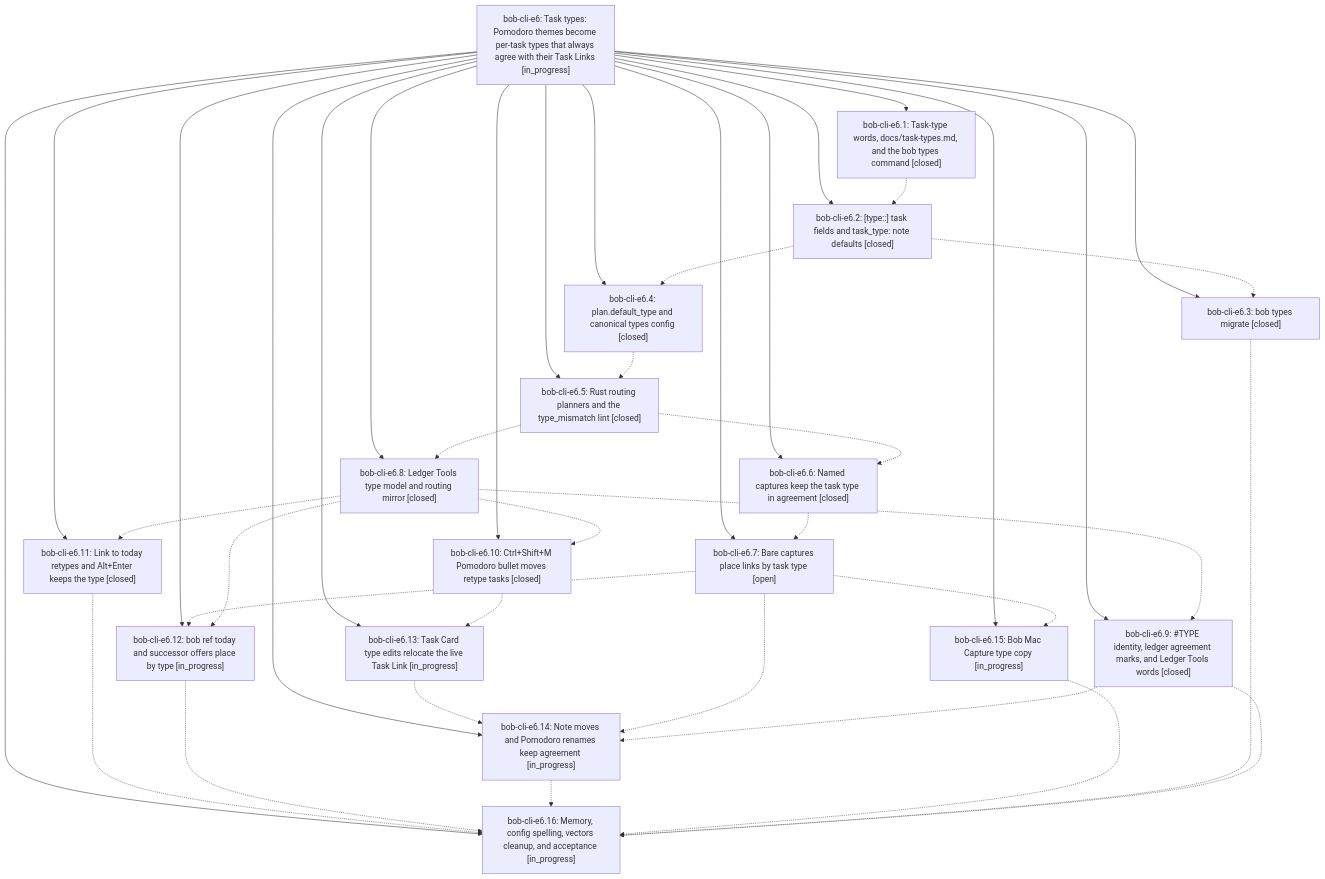
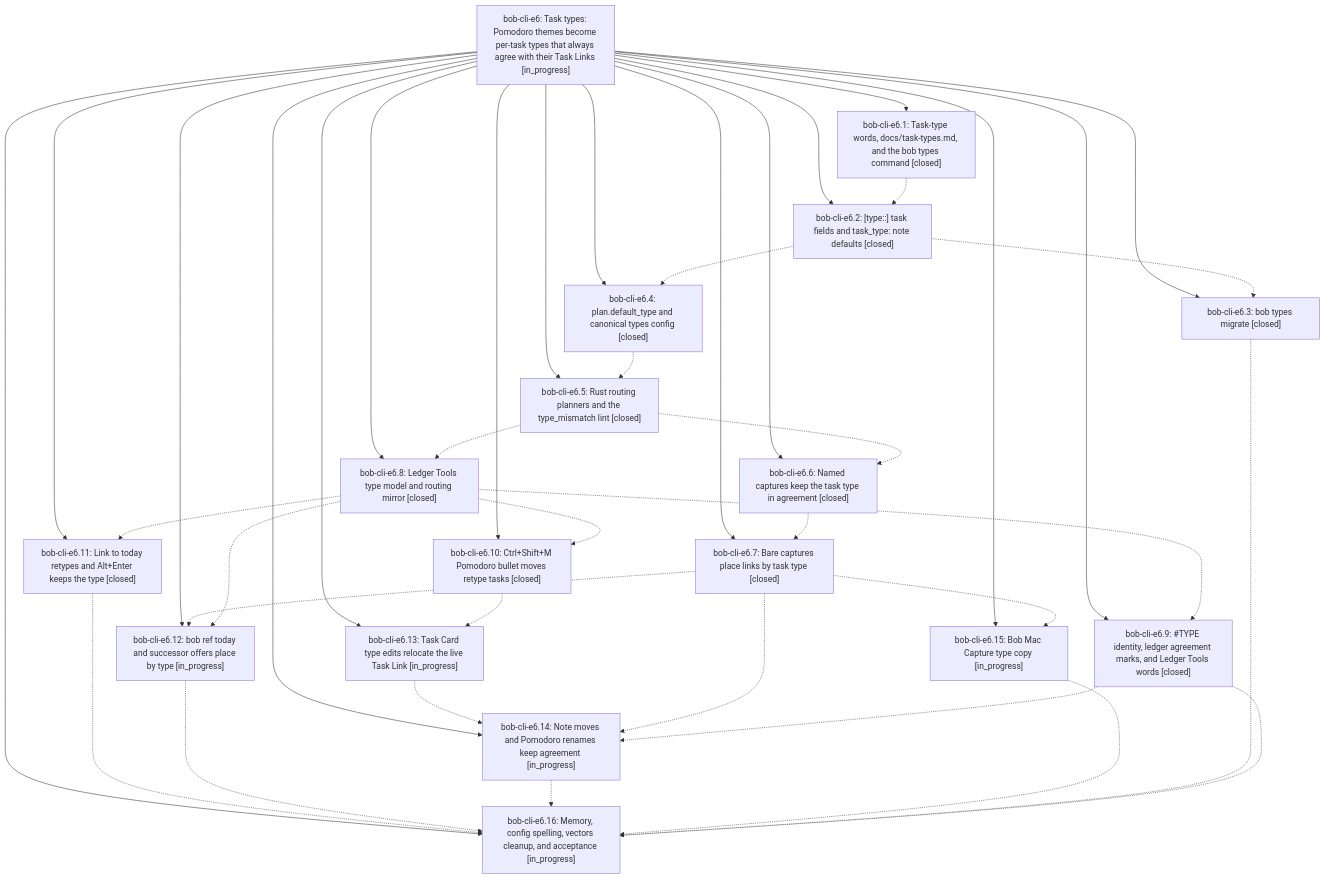
One commit to bobs-org/bob-cli--beads changed the diagram in pages/bob-cli-e6/README.md. Above: the diagram before and after it, drawn with Mermaid. The commit also changed other lines of this file and 9 other files, not shown here.

First line of the commit message:
chore(beads): sync bead state and pages for bob-cli-e6

````diff
--- a/pages/bob-cli-e6/README.md
+++ b/pages/bob-cli-e6/README.md
@@ -57,59 +63,59 @@
 ```mermaid
 flowchart TD
     n0["bob-cli-e6: Task types: Pomodoro themes become per-task types that always agree with their Task Links [in_progress]"]
     n1["bob-cli-e6.1: Task-type words, docs/task-types.md, and the bob types command [closed]"]
     n2["bob-cli-e6.10: Ctrl+Shift+M Pomodoro bullet moves retype tasks [closed]"]
     n3["bob-cli-e6.11: Link to today retypes and Alt+Enter keeps the type [closed]"]
     n4["bob-cli-e6.12: bob ref today and successor offers place by type [in_progress]"]
     n5["bob-cli-e6.13: Task Card type edits relocate the live Task Link [in_progress]"]
     n6["bob-cli-e6.14: Note moves and Pomodoro renames keep agreement [in_progress]"]
     n7["bob-cli-e6.15: Bob Mac Capture type copy [in_progress]"]
     n8["bob-cli-e6.16: Memory, config spelling, vectors cleanup, and acceptance [in_progress]"]
     n9["bob-cli-e6.2: [type::] task fields and task_type: note defaults [closed]"]
     n10["bob-cli-e6.3: bob types migrate [closed]"]
     n11["bob-cli-e6.4: plan.default_type and canonical types config [closed]"]
     n12["bob-cli-e6.5: Rust routing planners and the type_mismatch lint [closed]"]
     n13["bob-cli-e6.6: Named captures keep the task type in agreement [closed]"]
-    n14["bob-cli-e6.7: Bare captures place links by task type [open]"]
+    n14["bob-cli-e6.7: Bare captures place links by task type [closed]"]
     n15["bob-cli-e6.8: Ledger Tools type model and routing mirror [closed]"]
     n16["bob-cli-e6.9: #TYPE identity, ledger agreement marks, and Ledger Tools words [closed]"]
     n0 --> n1
     n0 --> n2
     n0 --> n3
     n0 --> n4
     n0 --> n5
     n0 --> n6
     n0 --> n7
     n0 --> n8
     n0 --> n9
     n0 --> n10
     n0 --> n11
     n0 --> n12
     n0 --> n13
     n0 --> n14
     n0 --> n15
     n0 --> n16
     n1 -.-> n9
     n2 -.-> n5
     n3 -.-> n8
     n4 -.-> n8
     n5 -.-> n6
     n6 -.-> n8
     n7 -.-> n8
     n9 -.-> n10
     n9 -.-> n11
     n10 -.-> n8
     n11 -.-> n12
     n12 -.-> n13
     n12 -.-> n15
     n13 -.-> n14
     n14 -.-> n4
     n14 -.-> n6
     n14 -.-> n7
     n15 -.-> n2
     n15 -.-> n3
     n15 -.-> n4
     n15 -.-> n16
     n16 -.-> n6
     n16 -.-> n8
 ```
````
